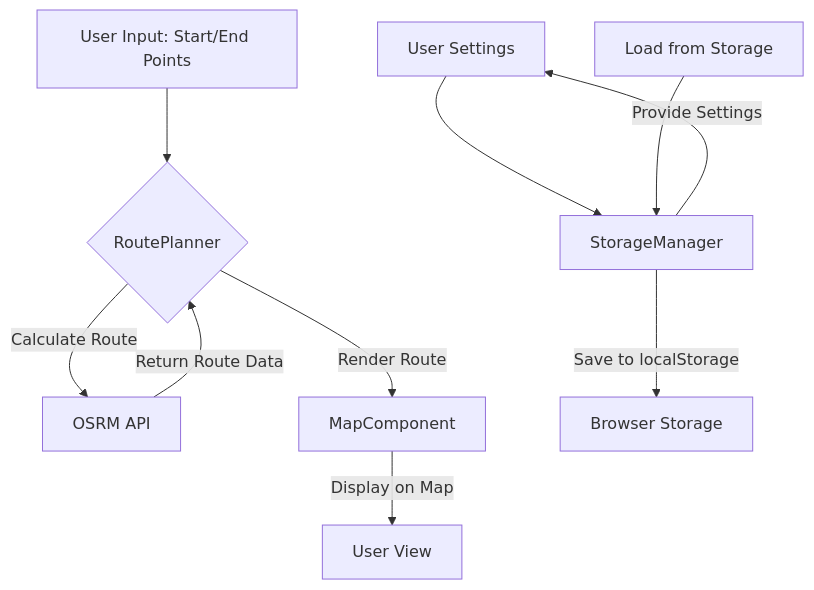
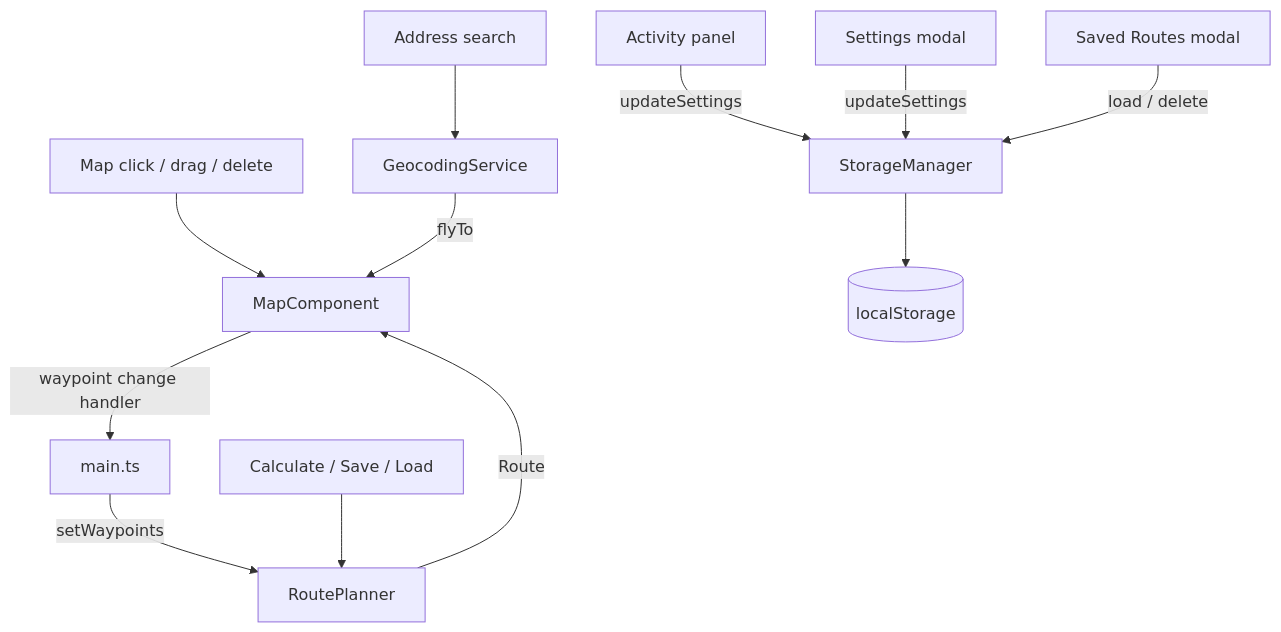
The diagram in docs/architecture.md (xPTM1219/cardio-planner), drawn with Mermaid before and after one commit. The commit also changed other lines of this file and 34 other files, not shown here.

Commit message:
Fixed multi dots, settings|routes modal, address search, home set

````diff
--- a/docs/architecture.md
+++ b/docs/architecture.md
@@ -66,12 +73,13 @@
 ```mermaid
 graph TD
-    A[User Input: Start/End Points] --> B{RoutePlanner}
-    B -->|Calculate Route| C[OSRM API]
-    C -->|Return Route Data| B
-    B -->|Render Route| D[MapComponent]
-    D -->|Display on Map| E[User View]
-    F[User Settings] --> G[StorageManager]
-    G -->|Save to localStorage| H[Browser Storage]
-    I[Load from Storage] --> G
-    G -->|Provide Settings| F
+    A[Map click / drag / delete] --> B[MapComponent]
+    B -->|waypoint change handler| C[main.ts]
+    C -->|setWaypoints| D[RoutePlanner]
+    E[Calculate / Save / Load] --> D
+    D -->|Route| B
+    F[Activity panel] -->|updateSettings| G[StorageManager]
+    H[Settings modal] -->|updateSettings| G
+    G --> I[(localStorage)]
+    J[Saved Routes modal] -->|load / delete| G
+    K[Address search] --> L[GeocodingService] -->|flyTo| B
 ```
````
